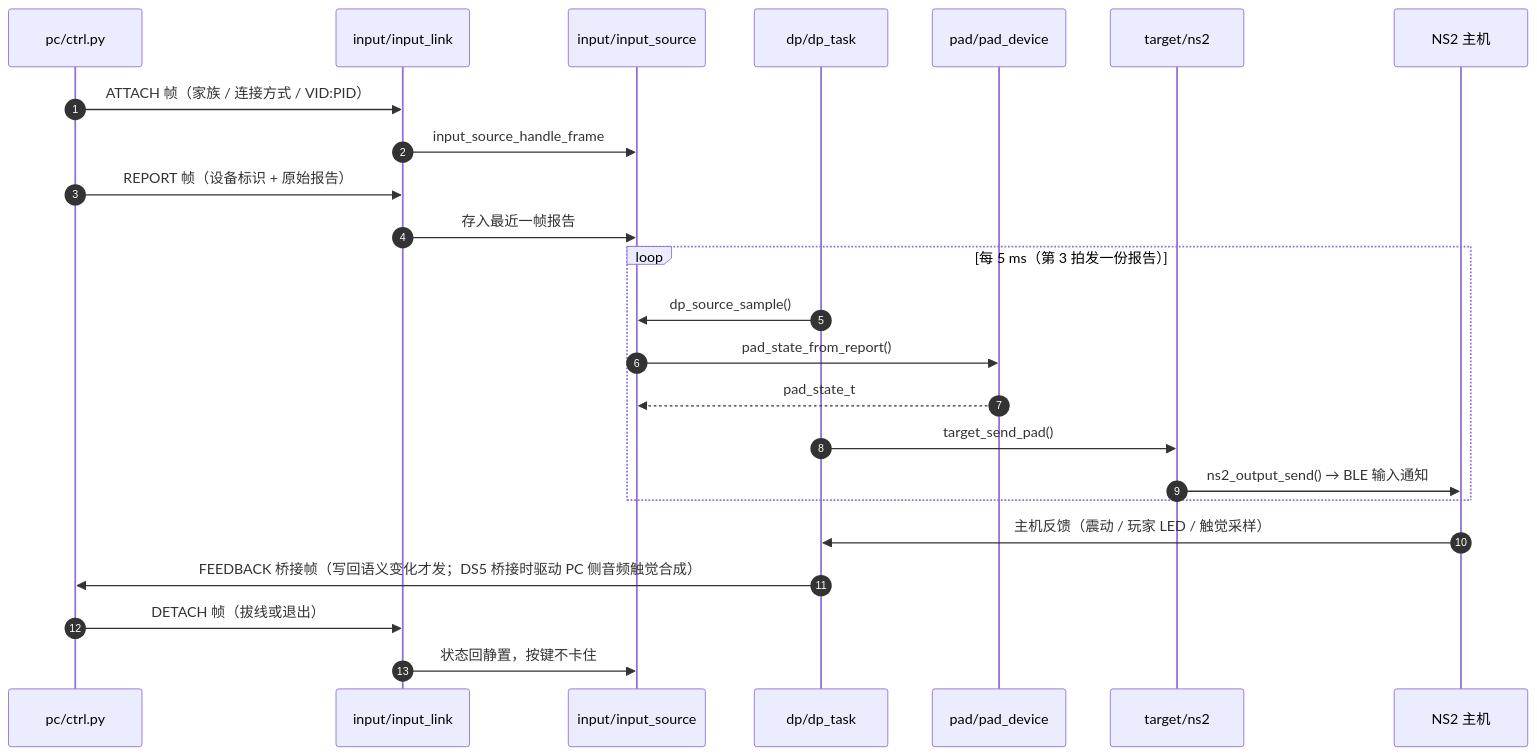
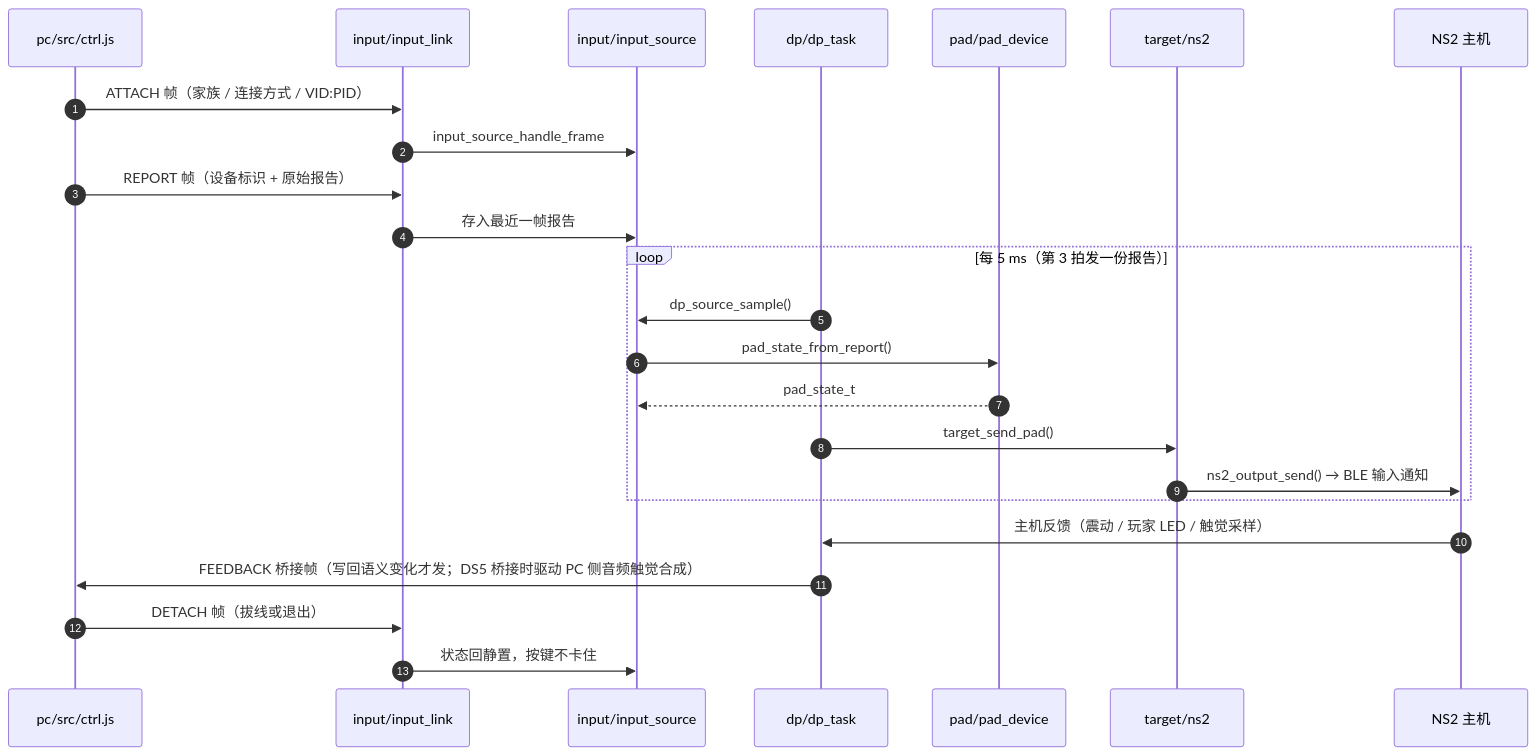
One commit to slime7/remapad changed the sixth of 7 diagrams in docs/ABSTRACTIONS.md. Above: the diagram before and after it, drawn with Mermaid. The commit also changed other lines of this file and 145 other files, not shown here.

Commit message:
feat(pc): PC 侧工具从 Python 迁到 Node.js，图形控制台换 Vue 3 前端

````diff
--- a/docs/ABSTRACTIONS.md
+++ b/docs/ABSTRACTIONS.md
@@ -217,27 +218,27 @@
 ```mermaid
 sequenceDiagram
     autonumber
-    participant PC as pc/ctrl.py
+    participant PC as pc/src/ctrl.js
     participant RECV as input/input_link
     participant SRC as input/input_source
     participant DP as dp/dp_task
     participant DEV as pad/pad_device
     participant TGT as target/ns2
     participant HOST as NS2 主机
 
     PC->>RECV: ATTACH 帧（家族 / 连接方式 / VID:PID）
     RECV->>SRC: input_source_handle_frame
     PC->>RECV: REPORT 帧（设备标识 + 原始报告）
     RECV->>SRC: 存入最近一帧报告
     loop 每 5 ms（第 3 拍发一份报告）
         DP->>SRC: dp_source_sample()
         SRC->>DEV: pad_state_from_report()
         DEV-->>SRC: pad_state_t
         DP->>TGT: target_send_pad()
         TGT->>HOST: ns2_output_send() → BLE 输入通知
     end
     HOST->>DP: 主机反馈（震动 / 玩家 LED / 触觉采样）
     DP->>PC: FEEDBACK 桥接帧（写回语义变化才发；DS5 桥接时驱动 PC 侧音频触觉合成）
     PC->>RECV: DETACH 帧（拔线或退出）
     RECV->>SRC: 状态回静置，按键不卡住
 ```
````
